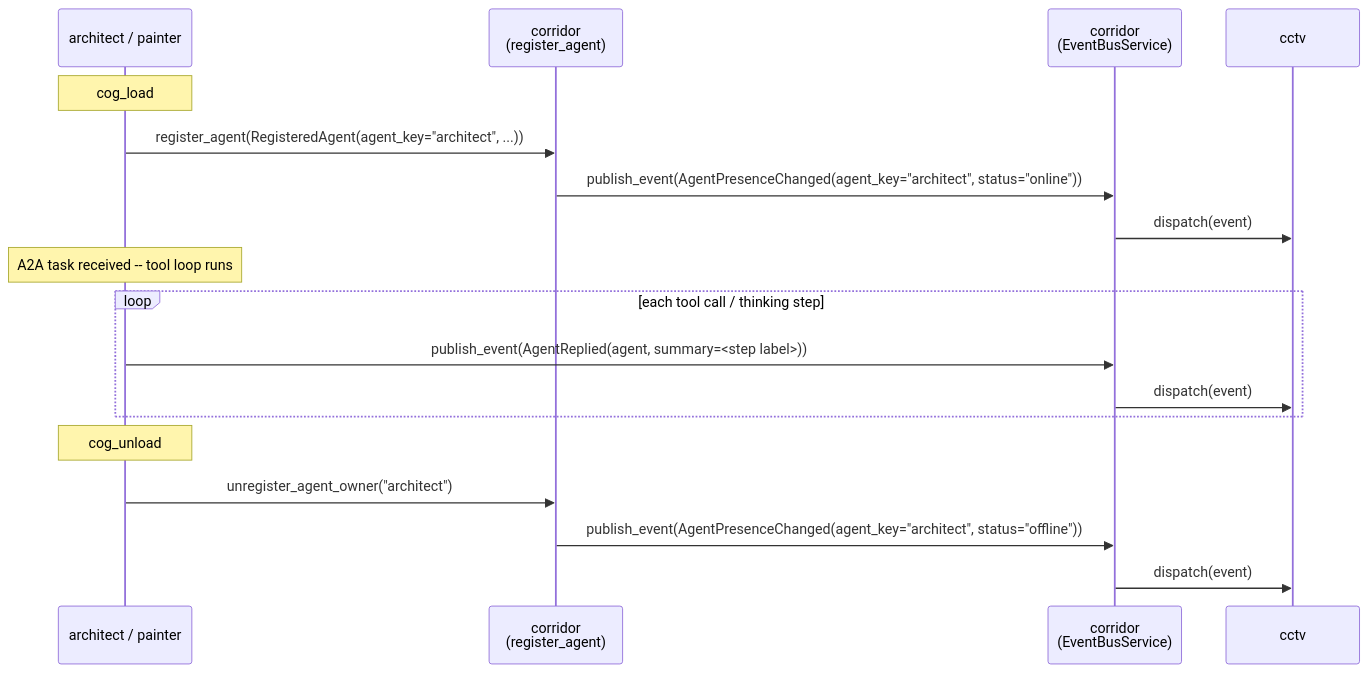
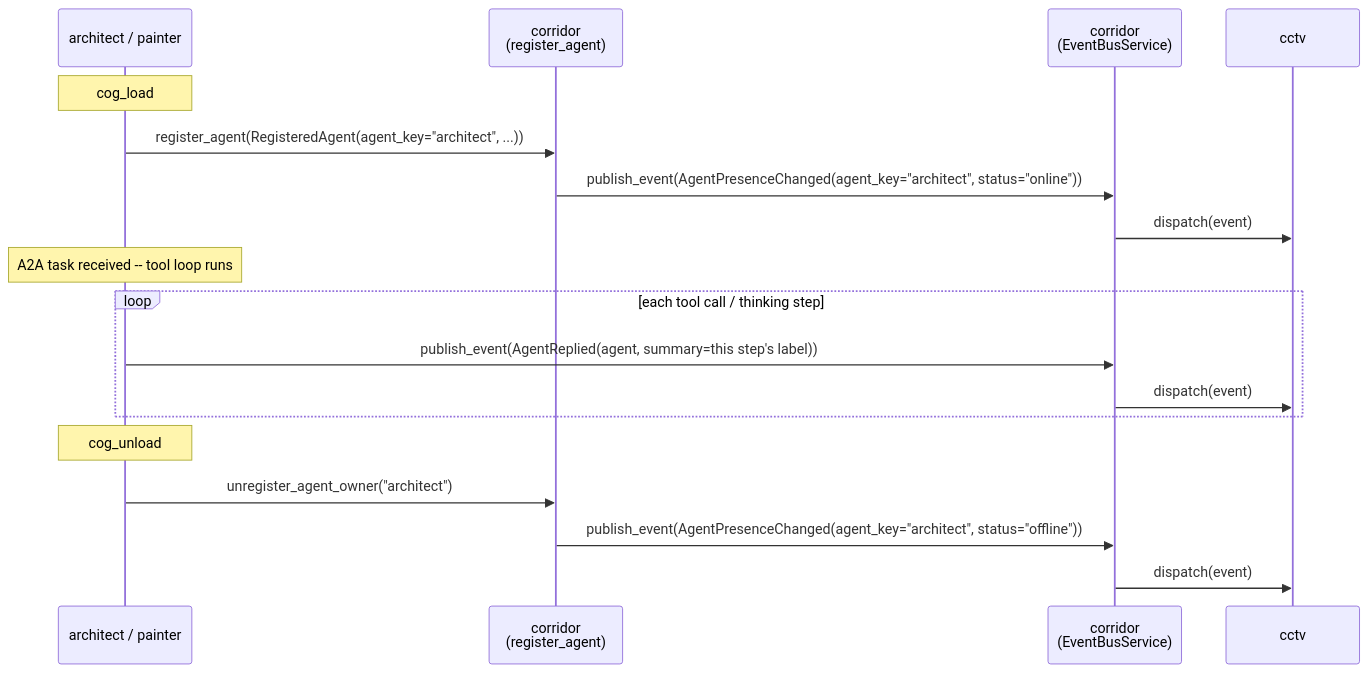
Before and after one commit to pixel-agents-hq/pixel-agents-cogs: the third of 5 diagrams in docs/corridor-pubsub-design.md, drawn with Mermaid. The commit also changed 8 other files, not shown here.

````diff
--- a/docs/corridor-pubsub-design.md
+++ b/docs/corridor-pubsub-design.md
@@ -242,23 +242,23 @@
 ```mermaid
 sequenceDiagram
     participant Agent as architect / painter
     participant Cor as corridor<br/>(register_agent)
     participant C as corridor<br/>(EventBusService)
     participant Sub as cctv
 
     Note over Agent: cog_load
     Agent->>Cor: register_agent(RegisteredAgent(agent_key="architect", ...))
     Cor->>C: publish_event(AgentPresenceChanged(agent_key="architect", status="online"))
     C->>Sub: dispatch(event)
 
     Note over Agent: A2A task received -- tool loop runs
     loop each tool call / thinking step
-        Agent->>C: publish_event(AgentReplied(agent, summary=<step label>))
+        Agent->>C: publish_event(AgentReplied(agent, summary=this step's label))
         C->>Sub: dispatch(event)
     end
 
     Note over Agent: cog_unload
     Agent->>Cor: unregister_agent_owner("architect")
     Cor->>C: publish_event(AgentPresenceChanged(agent_key="architect", status="offline"))
     C->>Sub: dispatch(event)
 ```
````
